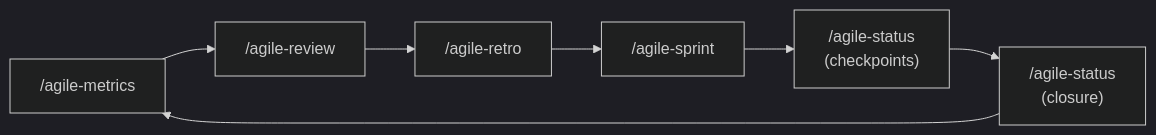
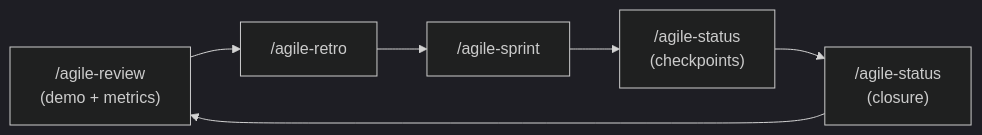
The diagram in docs/agile/guides/sprint-lifecycle.md (djalmajr/essential-skills), drawn with Mermaid (dark theme) before and after one commit. The commit also changed other lines of this file and 122 other files, not shown here.

````diff
--- a/docs/agile/guides/sprint-lifecycle.md
+++ b/docs/agile/guides/sprint-lifecycle.md
@@ -230,9 +220,8 @@
 ```mermaid
 flowchart LR
-    A["/agile-metrics"] --> B["/agile-review"]
-    B --> C["/agile-retro"]
-    C --> D["/agile-sprint"]
-    D --> E["/agile-status<br>(checkpoints)"]
-    E --> F["/agile-status<br>(closure)"]
-    F --> A
+    A["/agile-review<br>(demo + metrics)"] --> B["/agile-retro"]
+    B --> C["/agile-sprint"]
+    C --> D["/agile-status<br>(checkpoints)"]
+    D --> E["/agile-status<br>(closure)"]
+    E --> A
 ```
````
